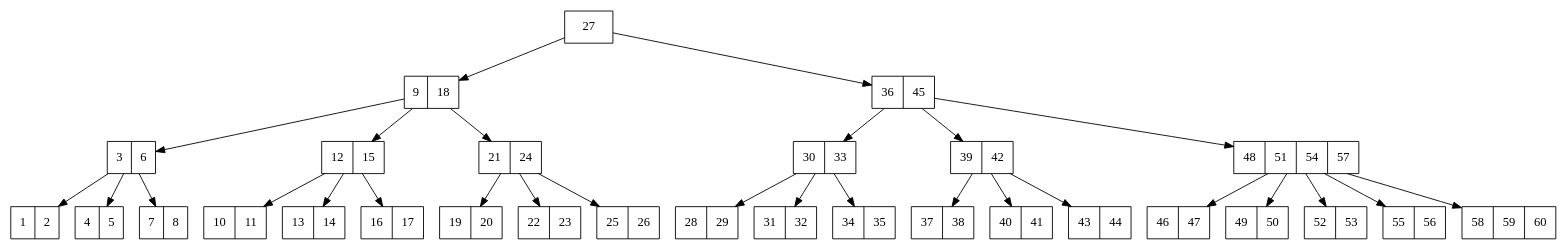
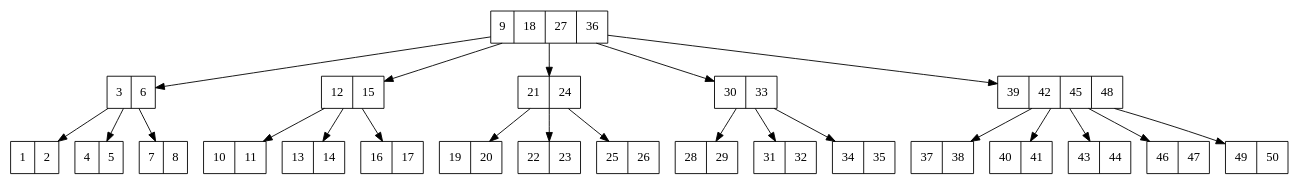
Before and after one commit to santiago3223/ULaSalle: the diagram in BTree/archivo.dot, drawn with Graphviz. The commit also changed 138 other files, not shown here.

```diff
--- a/BTree/archivo.dot
+++ b/BTree/archivo.dot
@@ -1,59 +1,47 @@
 digraph {
-"0x9c27a0"[shape=record, label="{{ 27} } "];
-"0x9c1f20"[shape=record, label="{{ 9|18} } "];
-"0x9c1ca0"[shape=record, label="{{ 3|6} } "];
-"0x9c1c20"[shape=record, label="{{ 1|2} } "];
-"0x9c1ca0"->"0x9c1c20"
-"0x9c1d20"[shape=record, label="{{ 4|5} } "];
-"0x9c1ca0"->"0x9c1d20"
-"0x9c1da0"[shape=record, label="{{ 7|8} } "];
-"0x9c1ca0"->"0x9c1da0"
-"0x9c1f20"->"0x9c1ca0"
-"0x9c1fa0"[shape=record, label="{{ 12|15} } "];
-"0x9c1e20"[shape=record, label="{{ 10|11} } "];
-"0x9c1fa0"->"0x9c1e20"
-"0x9c1ea0"[shape=record, label="{{ 13|14} } "];
-"0x9c1fa0"->"0x9c1ea0"
-"0x9c2020"[shape=record, label="{{ 16|17} } "];
-"0x9c1fa0"->"0x9c2020"
-"0x9c1f20"->"0x9c1fa0"
-"0x9c21a0"[shape=record, label="{{ 21|24} } "];
-"0x9c20a0"[shape=record, label="{{ 19|20} } "];
-"0x9c21a0"->"0x9c20a0"
-"0x9c2120"[shape=record, label="{{ 22|23} } "];
-"0x9c21a0"->"0x9c2120"
-"0x9c2220"[shape=record, label="{{ 25|26} } "];
-"0x9c21a0"->"0x9c2220"
-"0x9c1f20"->"0x9c21a0"
-"0x9c27a0"->"0x9c1f20"
-"0x9c2820"[shape=record, label="{{ 36|45} } "];
-"0x9c23a0"[shape=record, label="{{ 30|33} } "];
-"0x9c22a0"[shape=record, label="{{ 28|29} } "];
-"0x9c23a0"->"0x9c22a0"
-"0x9c2320"[shape=record, label="{{ 31|32} } "];
-"0x9c23a0"->"0x9c2320"
-"0x9c2420"[shape=record, label="{{ 34|35} } "];
-"0x9c23a0"->"0x9c2420"
-"0x9c2820"->"0x9c23a0"
-"0x9c25a0"[shape=record, label="{{ 39|42} } "];
-"0x9c24a0"[shape=record, label="{{ 37|38} } "];
-"0x9c25a0"->"0x9c24a0"
-"0x9c2520"[shape=record, label="{{ 40|41} } "];
-"0x9c25a0"->"0x9c2520"
-"0x9c2620"[shape=record, label="{{ 43|44} } "];
-"0x9c25a0"->"0x9c2620"
-"0x9c2820"->"0x9c25a0"
-"0x9c28a0"[shape=record, label="{{ 48|51|54|57} } "];
-"0x9c26a0"[shape=record, label="{{ 46|47} } "];
-"0x9c28a0"->"0x9c26a0"
-"0x9c2720"[shape=record, label="{{ 49|50} } "];
-"0x9c28a0"->"0x9c2720"
-"0x9c2920"[shape=record, label="{{ 52|53} } "];
-"0x9c28a0"->"0x9c2920"
-"0x9c29a0"[shape=record, label="{{ 55|56} } "];
-"0x9c28a0"->"0x9c29a0"
-"0x9c2a20"[shape=record, label="{{ 58|59|60} } "];
-"0x9c28a0"->"0x9c2a20"
-"0x9c2820"->"0x9c28a0"
-"0x9c27a0"->"0x9c2820"
+"0x617020"[shape=record, label="{{ 9|18|27|36} } "];
+"0x616d20"[shape=record, label="{{ 3|6} } "];
+"0x616c20"[shape=record, label="{{ 1|2} } "];
+"0x616d20"->"0x616c20"
+"0x616ca0"[shape=record, label="{{ 4|5} } "];
+"0x616d20"->"0x616ca0"
+"0x616da0"[shape=record, label="{{ 7|8} } "];
+"0x616d20"->"0x616da0"
+"0x617020"->"0x616d20"
+"0x616fa0"[shape=record, label="{{ 12|15} } "];
+"0x616e20"[shape=record, label="{{ 10|11} } "];
+"0x616fa0"->"0x616e20"
+"0x616ea0"[shape=record, label="{{ 13|14} } "];
+"0x616fa0"->"0x616ea0"
+"0x616f20"[shape=record, label="{{ 16|17} } "];
+"0x616fa0"->"0x616f20"
+"0x617020"->"0x616fa0"
+"0x617220"[shape=record, label="{{ 21|24} } "];
+"0x6170a0"[shape=record, label="{{ 19|20} } "];
+"0x617220"->"0x6170a0"
+"0x617120"[shape=record, label="{{ 22|23} } "];
+"0x617220"->"0x617120"
+"0x6171a0"[shape=record, label="{{ 25|26} } "];
+"0x617220"->"0x6171a0"
+"0x617020"->"0x617220"
+"0x617420"[shape=record, label="{{ 30|33} } "];
+"0x6172a0"[shape=record, label="{{ 28|29} } "];
+"0x617420"->"0x6172a0"
+"0x617320"[shape=record, label="{{ 31|32} } "];
+"0x617420"->"0x617320"
+"0x6173a0"[shape=record, label="{{ 34|35} } "];
+"0x617420"->"0x6173a0"
+"0x617020"->"0x617420"
+"0x617620"[shape=record, label="{{ 39|42|45|48} } "];
+"0x6174a0"[shape=record, label="{{ 37|38} } "];
+"0x617620"->"0x6174a0"
+"0x617520"[shape=record, label="{{ 40|41} } "];
+"0x617620"->"0x617520"
+"0x6175a0"[shape=record, label="{{ 43|44} } "];
+"0x617620"->"0x6175a0"
+"0x6176a0"[shape=record, label="{{ 46|47} } "];
+"0x617620"->"0x6176a0"
+"0x617720"[shape=record, label="{{ 49|50} } "];
+"0x617620"->"0x617720"
+"0x617020"->"0x617620"
  }
```
